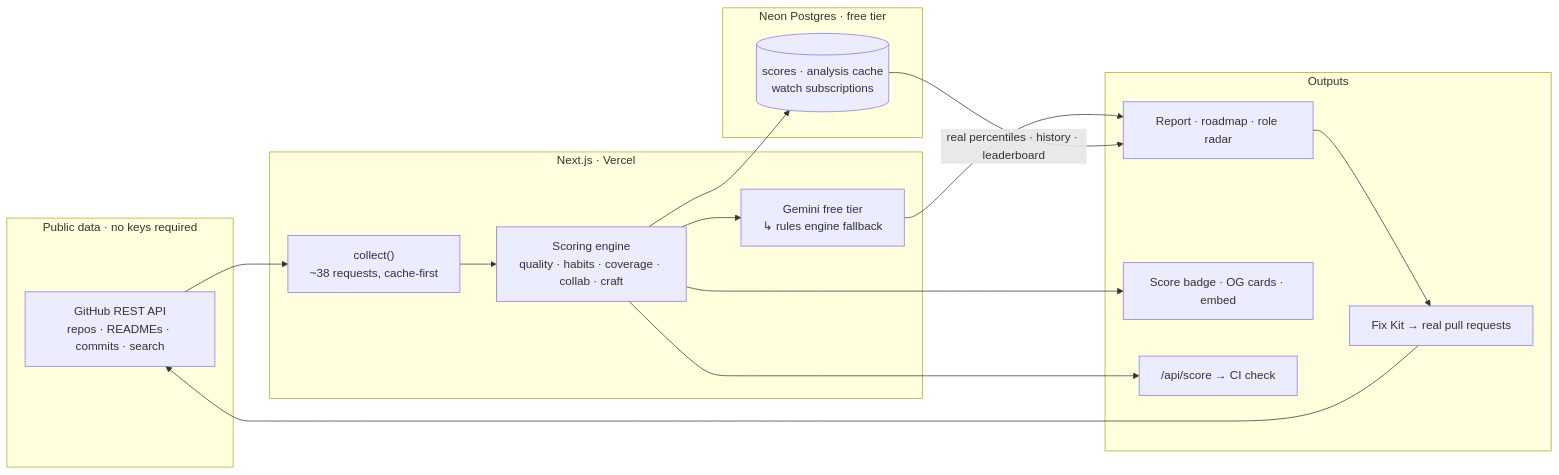
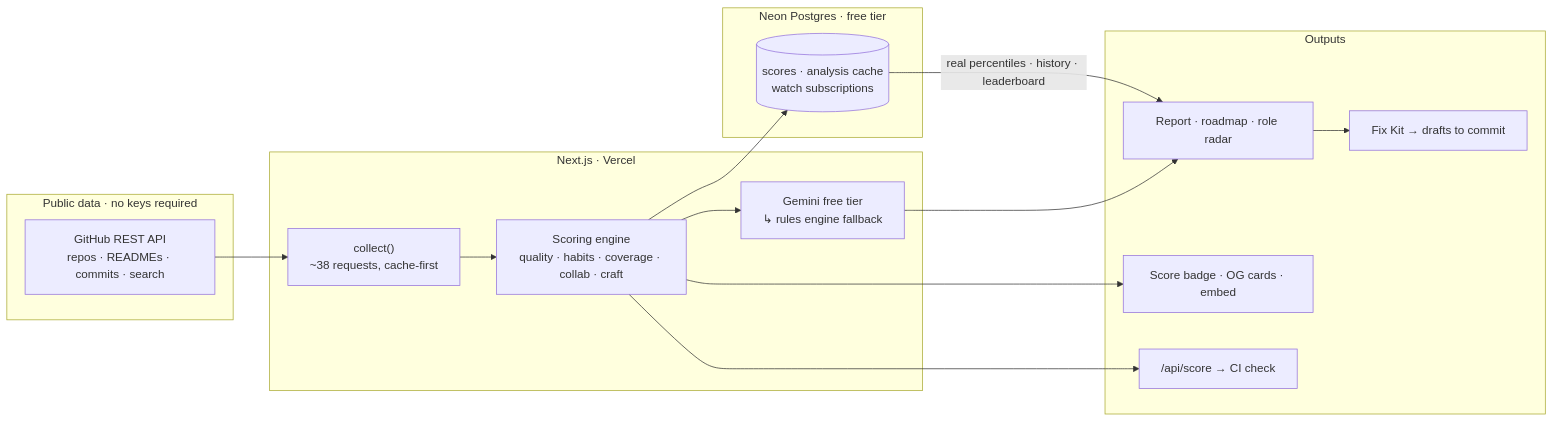
Before and after one commit to Rian-Fernando/RepoLens: the diagram in README.md, drawn with Mermaid. The commit also changed other lines of this file and 67 other files, not shown here.

````diff
--- a/README.md
+++ b/README.md
@@ -35,26 +34,26 @@
 ```mermaid
 flowchart LR
   subgraph Sources["Public data · no keys required"]
     G["GitHub REST API<br/>repos · READMEs · commits · search"]
   end
   subgraph Server["Next.js · Vercel"]
     C["collect()<br/>~38 requests, cache-first"]
     S["Scoring engine<br/>quality · habits · coverage · collab · craft"]
     A["Gemini free tier<br/>↳ rules engine fallback"]
   end
   subgraph Store["Neon Postgres · free tier"]
     D[("scores · analysis cache<br/>watch subscriptions")]
   end
   subgraph Out["Outputs"]
     R["Report · roadmap · role radar"]
-    F["Fix Kit → real pull requests"]
+    F["Fix Kit → drafts to commit"]
     B["Score badge · OG cards · embed"]
     P["/api/score → CI check"]
   end
   G --> C --> S --> A --> R
   S --> D
   D -->|"real percentiles · history · leaderboard"| R
-  R --> F --> G
+  R --> F
   S --> B
   S --> P
 ```
````
